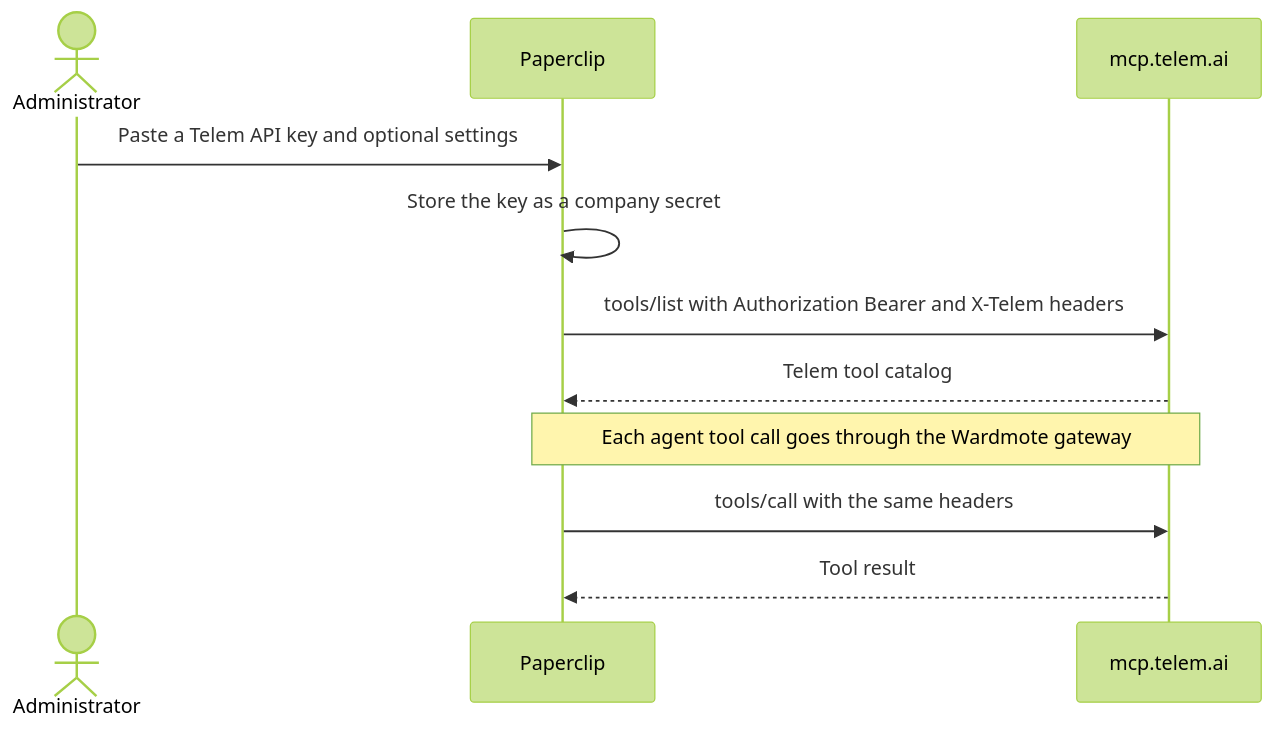
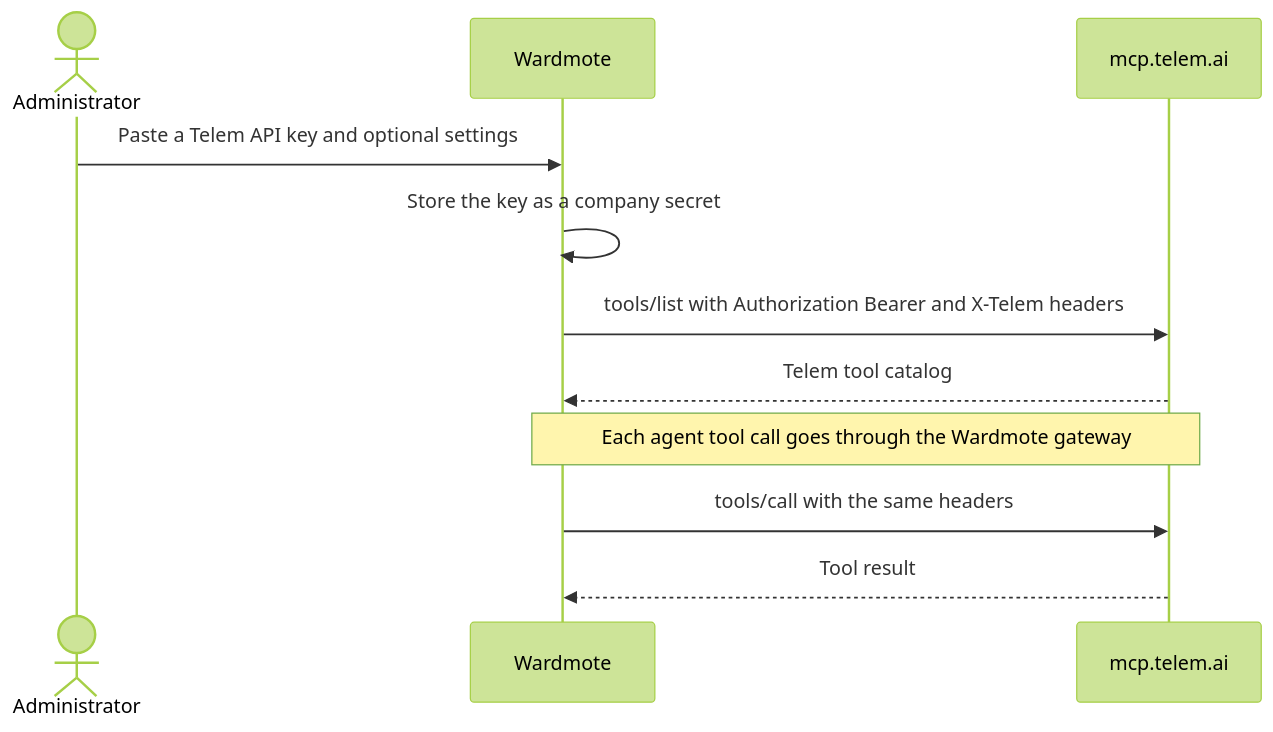
Before and after one commit to tickernelz/paperclip-pro: the diagram in doc/connections/TELEM.md, drawn with Mermaid (forest theme). The commit also changed 94 other files, not shown here.

First line of the commit message:
chore(rename): replace user-facing Paperclip text with Wardmote

````diff
--- a/doc/connections/TELEM.md
+++ b/doc/connections/TELEM.md
@@ -26,14 +26,14 @@
 ```mermaid
 sequenceDiagram
     actor A as Administrator
-    participant P as Paperclip
+    participant P as Wardmote
     participant T as mcp.telem.ai
 
     A->>P: Paste a Telem API key and optional settings
     P->>P: Store the key as a company secret
     P->>T: tools/list with Authorization Bearer and X-Telem headers
     T-->>P: Telem tool catalog
     Note over P,T: Each agent tool call goes through the Wardmote gateway
     P->>T: tools/call with the same headers
     T-->>P: Tool result
 ```
````
